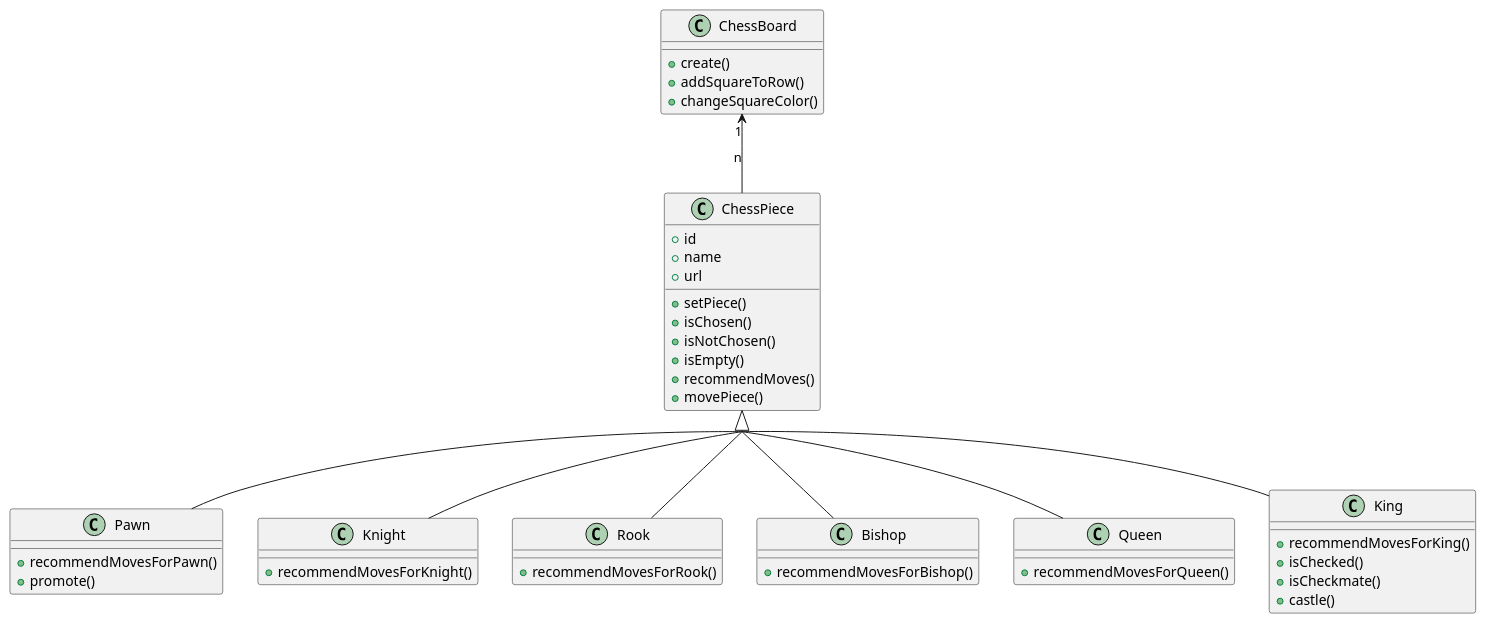
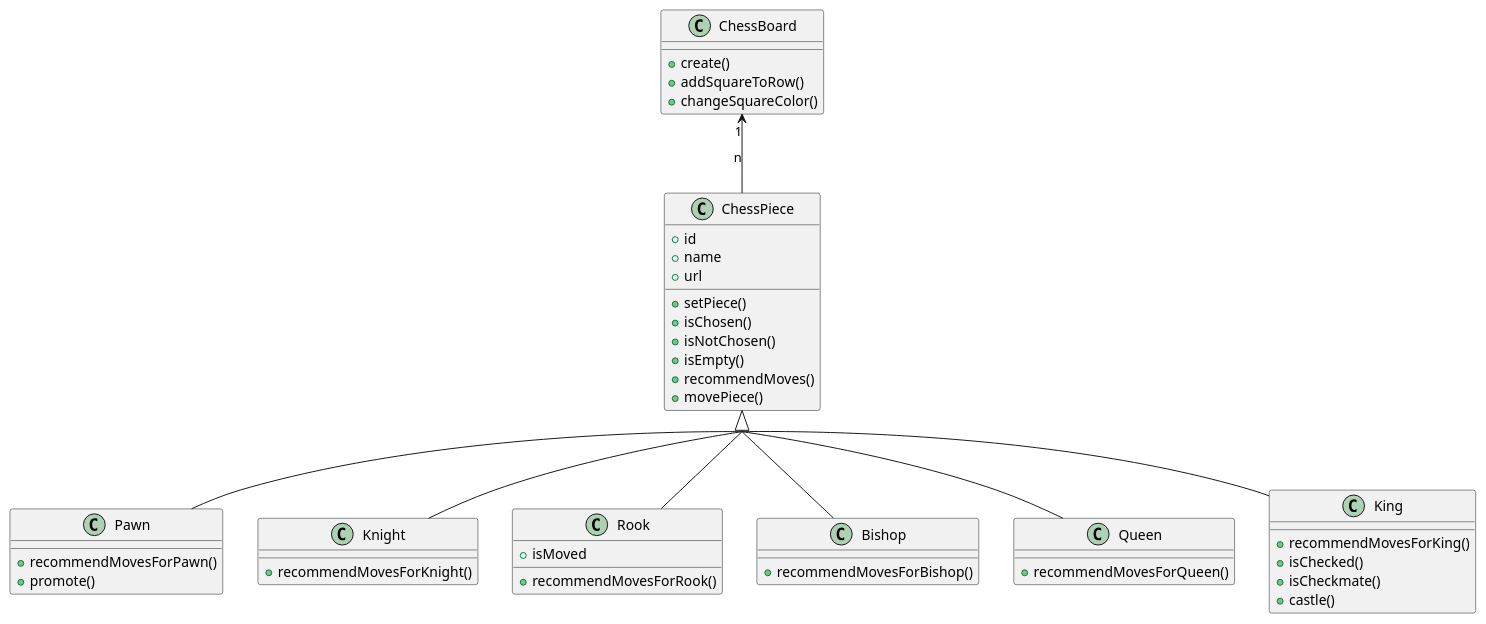
Before and after one commit to BachDi/chess_game: the diagram in UML/ClassDiagram.plantuml, drawn with PlantUML.

Commit message:
nữa nè

```diff
--- a/UML/ClassDiagram.plantuml
+++ b/UML/ClassDiagram.plantuml
@@ -1,49 +1,50 @@
 @startuml ChessBoard
 skinparam groupInheritance 2
 class ChessBoard {
     + create()
     + addSquareToRow()
     + changeSquareColor()
 }
 class ChessPiece {
     + id
     + name 
     + url 
     + setPiece() 
     + isChosen() 
     + isNotChosen()
     + isEmpty()
     + recommendMoves() 
     + movePiece()
 }
 class Pawn {
     + recommendMovesForPawn()
     + promote()
 }
 class Knight {
     + recommendMovesForKnight()
 }
 class Rook {
+    + isMoved
     + recommendMovesForRook()
 }
 class Bishop {
     + recommendMovesForBishop()
 }
 class Queen {
     + recommendMovesForQueen()
 }
 class King {
     + recommendMovesForKing()
     + isChecked()
     + isCheckmate()
     + castle()
 }
 
 ChessBoard "1" <-- "n" ChessPiece
 ChessPiece <|-- Pawn 
 ChessPiece <|-- Rook 
 ChessPiece <|-- Knight 
 ChessPiece <|-- Bishop 
 ChessPiece <|-- Queen  
 ChessPiece <|-- King 
 @enduml
```
